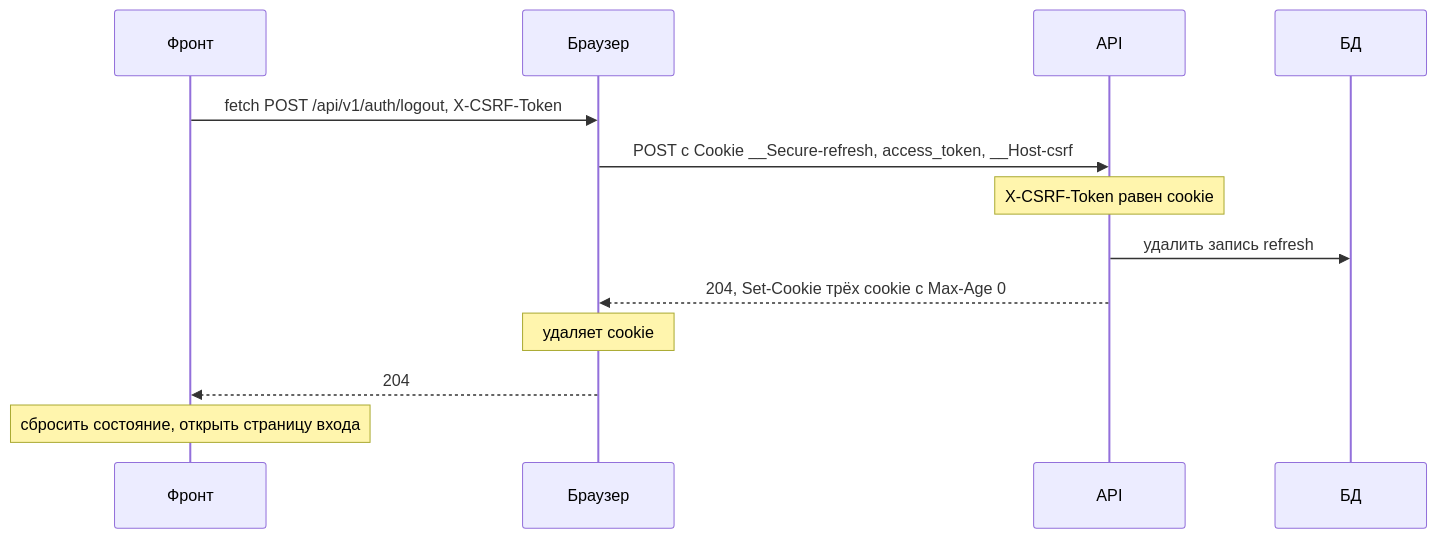
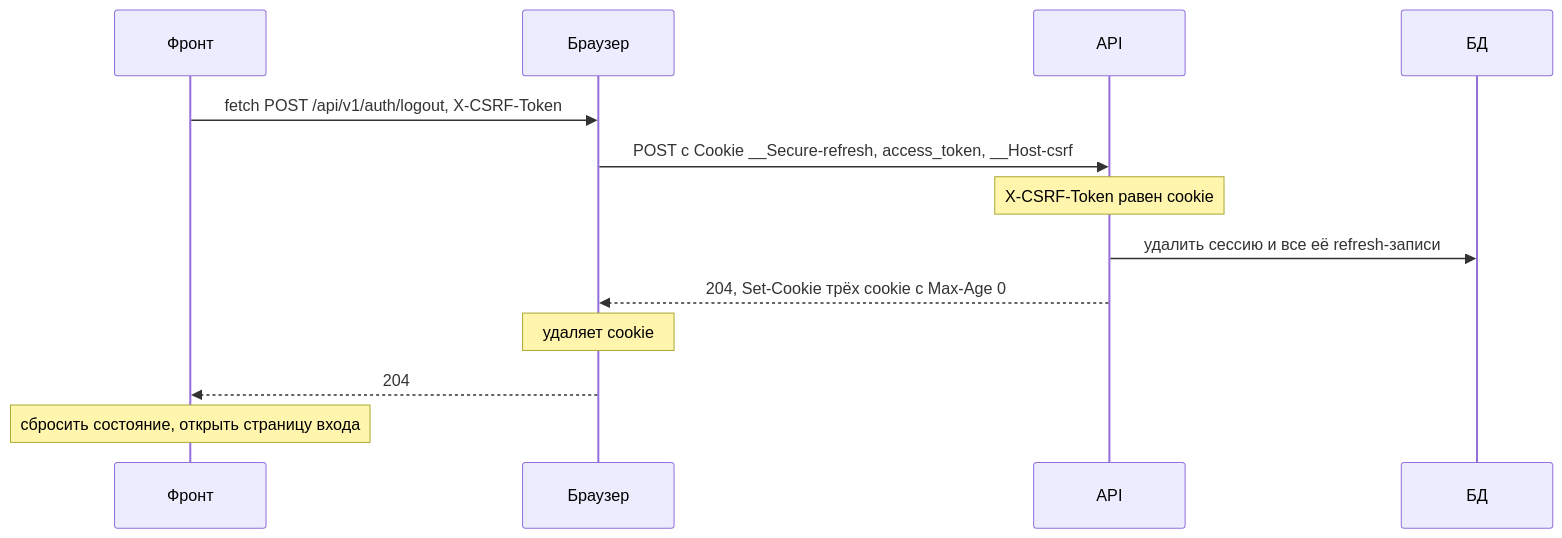
The fifth of 5 diagrams in rk1/variant-a.md (TP-Prepare/technopark-guidelines), drawn with Mermaid before and after one commit. The commit also changed other lines of this file, not shown here.

````diff
--- a/rk1/variant-a.md
+++ b/rk1/variant-a.md
@@ -206,15 +211,15 @@
 ```mermaid
 sequenceDiagram
     participant F as Фронт
     participant B as Браузер
     participant A as API
     participant D as БД
     F->>B: fetch POST /api/v1/auth/logout, X-CSRF-Token
     B->>A: POST с Cookie __Secure-refresh, access_token, __Host-csrf
     Note over A: X-CSRF-Token равен cookie
-    A->>D: удалить запись refresh
+    A->>D: удалить сессию и все её refresh-записи
     A-->>B: 204, Set-Cookie трёх cookie с Max-Age 0
     Note over B: удаляет cookie
     B-->>F: 204
     Note over F: сбросить состояние, открыть страницу входа
 ```
````
